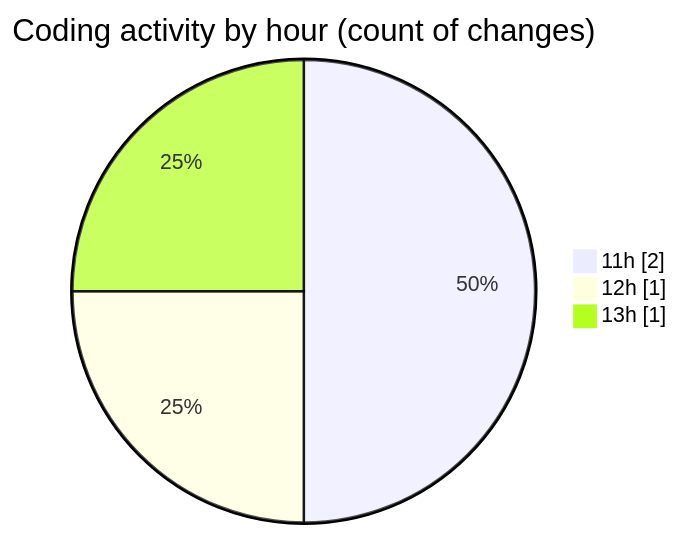
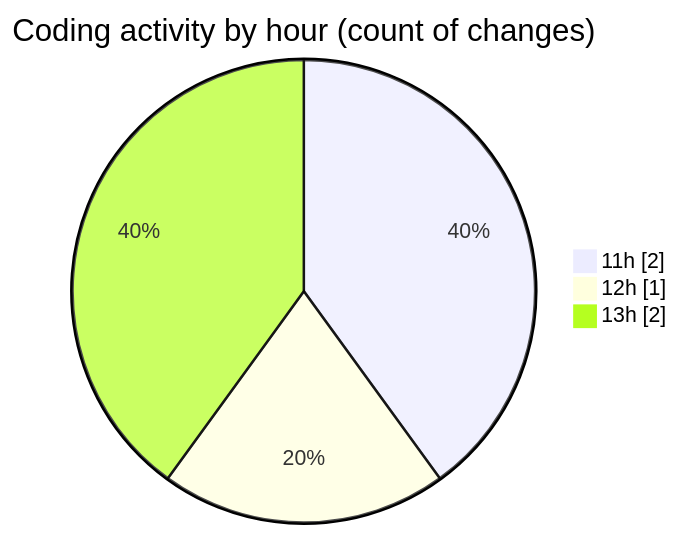
The second of 2 diagrams in 2026-04-24/cilreports__workspace_/README.md (ricardozamudiocil/code-tracking), drawn with Mermaid before and after one commit. The commit also changed other lines of this file and 1 other file, not shown here.

````diff
--- a/2026-04-24/cilreports__workspace_/README.md
+++ b/2026-04-24/cilreports__workspace_/README.md
@@ -30,7 +32,7 @@
 ```mermaid
 pie showData
 title Coding activity by hour (count of changes)
 "11h" : 2
 "12h" : 1
-"13h" : 1
+"13h" : 2
 ```
````
